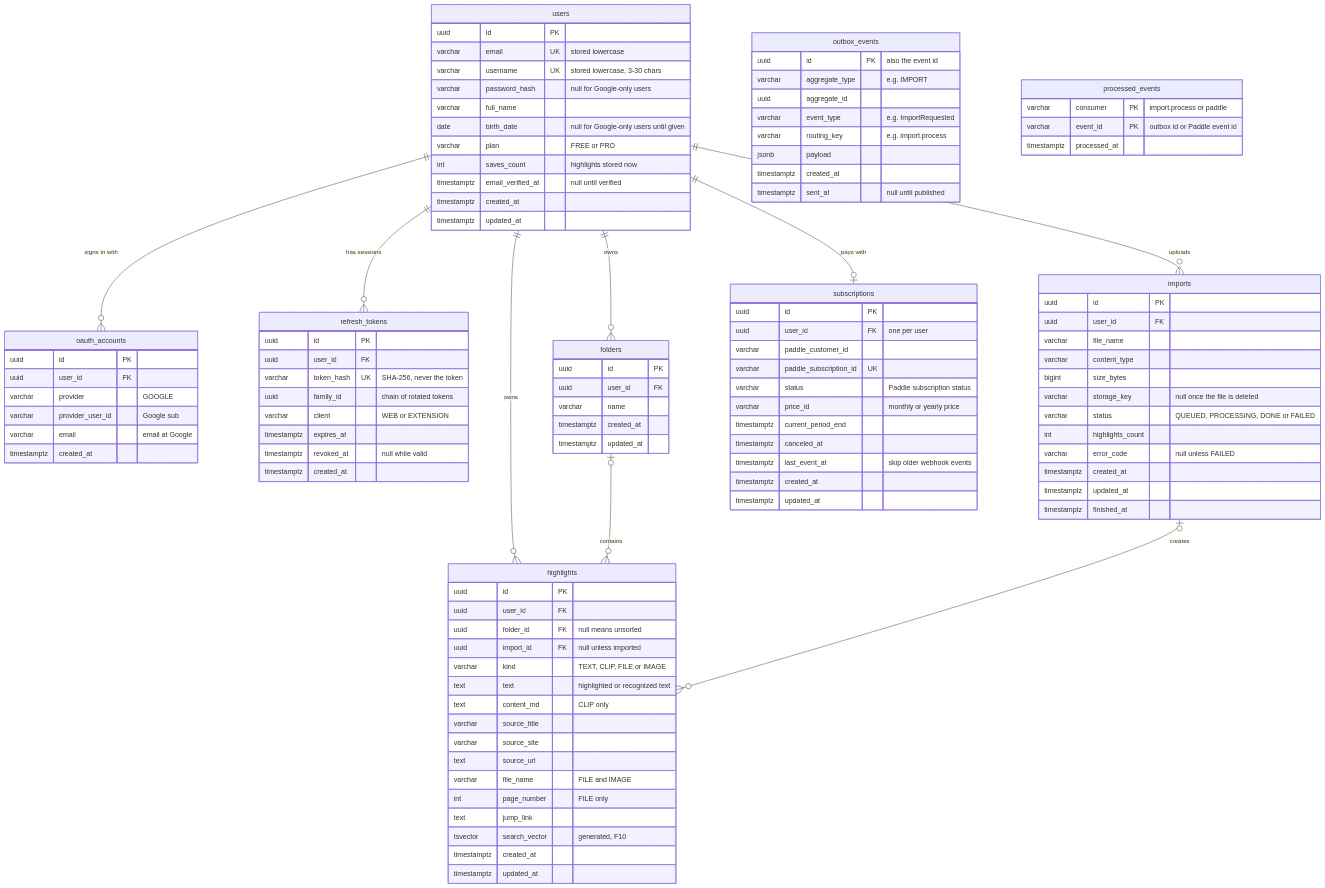
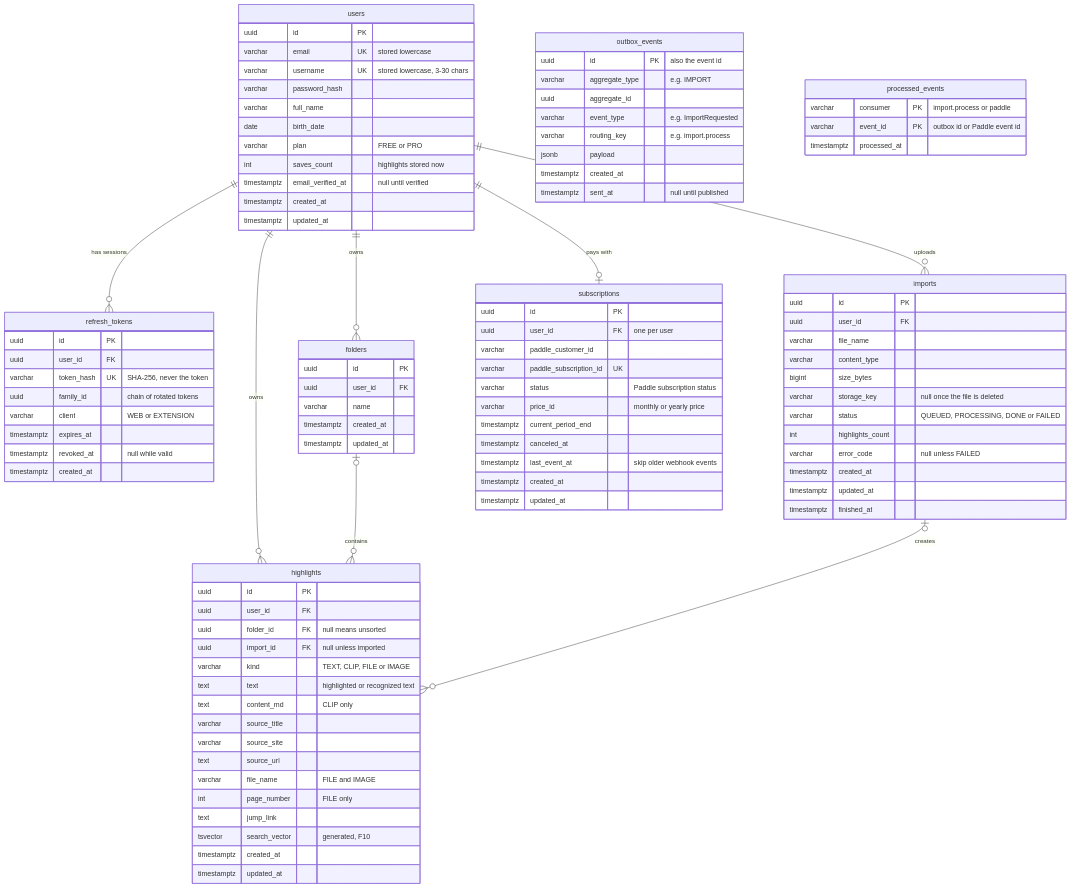
The diagram in docs/database.md (salimsalimzade/ari-api), drawn with Mermaid before and after one commit. The commit also changed other lines of this file and 30 other files, not shown here.

````diff
--- a/docs/database.md
+++ b/docs/database.md
@@ -10,6 +10,5 @@
 ```mermaid
 erDiagram
-  users ||--o{ oauth_accounts : "signs in with"
   users ||--o{ refresh_tokens : "has sessions"
   users ||--o{ folders : owns
   users ||--o{ highlights : owns
@@ -21,22 +20,14 @@
     uuid id PK
     varchar email UK "stored lowercase"
     varchar username UK "stored lowercase, 3-30 chars"
-    varchar password_hash "null for Google-only users"
+    varchar password_hash
     varchar full_name
-    date birth_date "null for Google-only users until given"
+    date birth_date
     varchar plan "FREE or PRO"
     int saves_count "highlights stored now"
     timestamptz email_verified_at "null until verified"
     timestamptz created_at
     timestamptz updated_at
-  }
-  oauth_accounts {
-    uuid id PK
-    uuid user_id FK
-    varchar provider "GOOGLE"
-    varchar provider_user_id "Google sub"
-    varchar email "email at Google"
-    timestamptz created_at
   }
   refresh_tokens {
     uuid id PK
````
